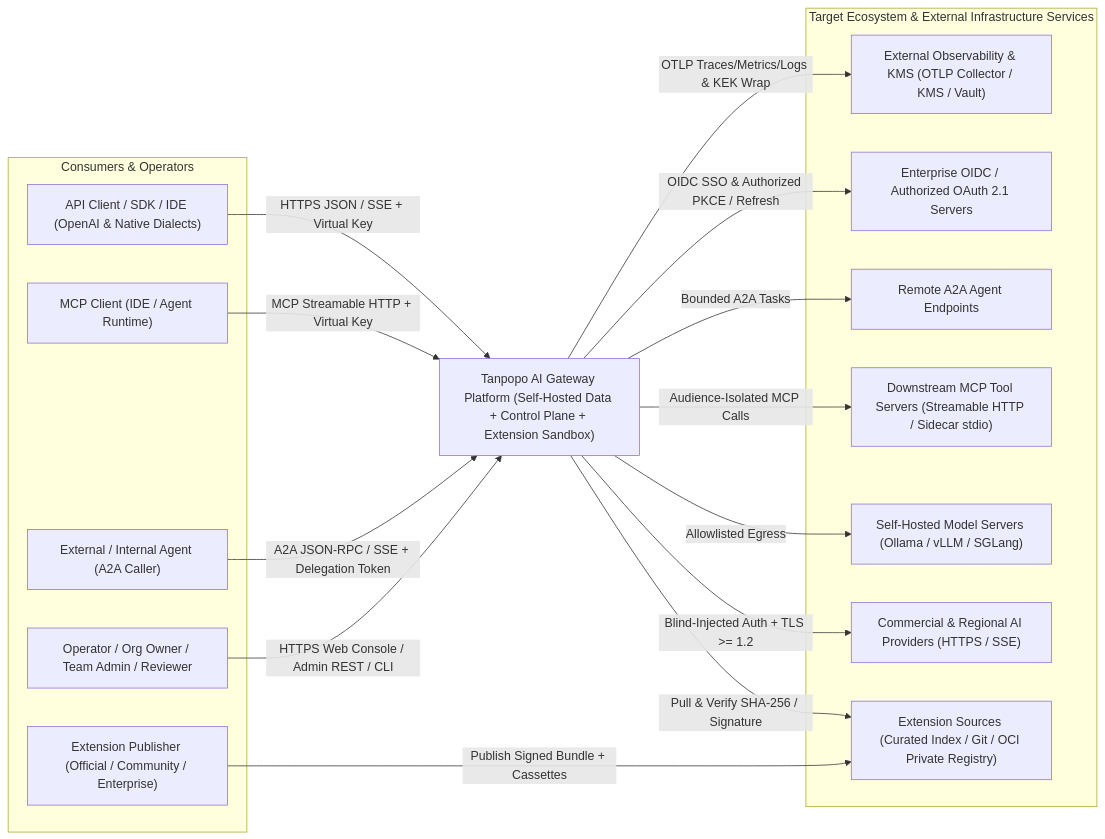
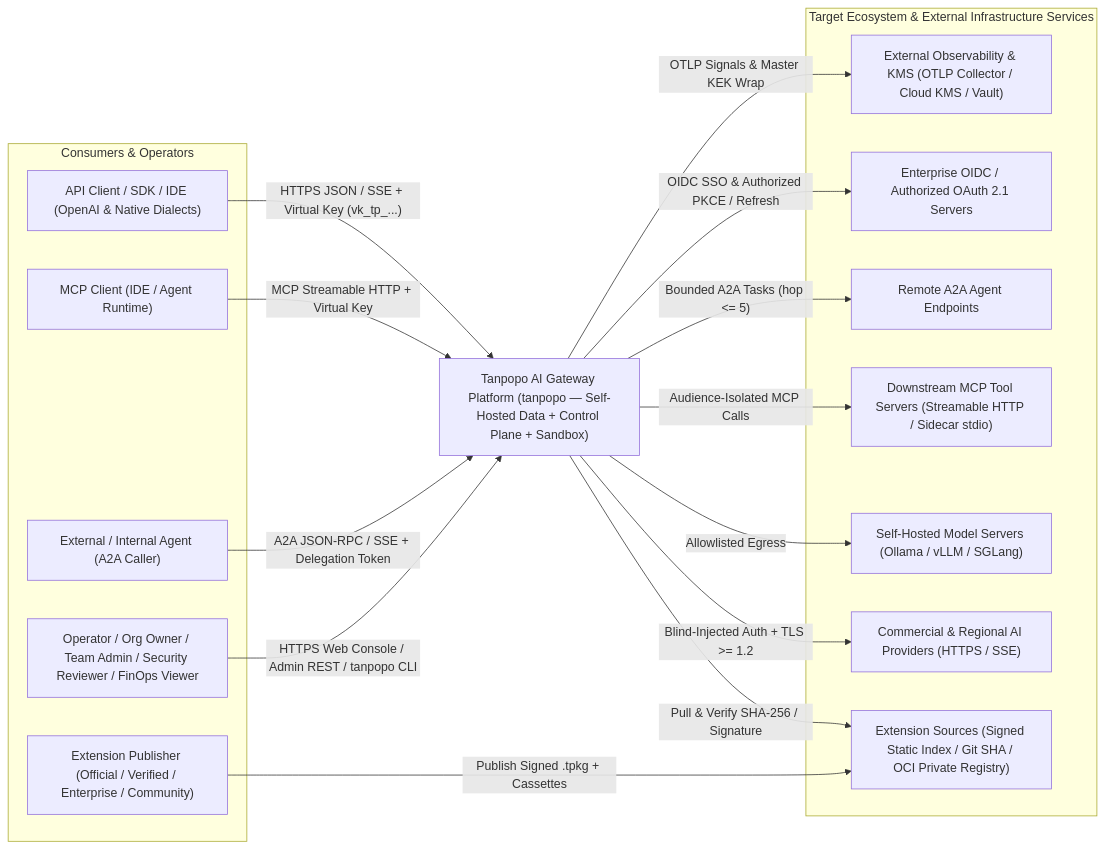
One commit to nguywnben/tanpopo changed the first of 4 diagrams in docs/architecture/system-design.md. Above: the diagram before and after it, drawn with Mermaid. The commit also changed other lines of this file and 70 other files, not shown here.

````diff
--- a/docs/architecture/system-design.md
+++ b/docs/architecture/system-design.md
@@ -27,36 +27,36 @@
 ```mermaid
 flowchart LR
     subgraph Consumers["Consumers & Operators"]
         Client["API Client / SDK / IDE (OpenAI & Native Dialects)"]
         MCPCli["MCP Client (IDE / Agent Runtime)"]
         A2ACli["External / Internal Agent (A2A Caller)"]
-        Admin["Operator / Org Owner / Team Admin / Reviewer"]
-        Pub["Extension Publisher (Official / Community / Enterprise)"]
+        Admin["Operator / Org Owner / Team Admin / Security Reviewer / FinOps Viewer"]
+        Pub["Extension Publisher (Official / Verified / Enterprise / Community)"]
     end
 
-    TP["Tanpopo AI Gateway Platform (Self-Hosted Data + Control Plane + Extension Sandbox)"]
+    TP["Tanpopo AI Gateway Platform (tanpopo — Self-Hosted Data + Control Plane + Sandbox)"]
 
     subgraph Upstreams["Target Ecosystem & External Infrastructure Services"]
         LLM["Commercial & Regional AI Providers (HTTPS / SSE)"]
         LocalGPU["Self-Hosted Model Servers (Ollama / vLLM / SGLang)"]
         MCPSrv["Downstream MCP Tool Servers (Streamable HTTP / Sidecar stdio)"]
         A2ASrv["Remote A2A Agent Endpoints"]
         IdP["Enterprise OIDC / Authorized OAuth 2.1 Servers"]
-        Reg["Extension Sources (Curated Index / Git / OCI Private Registry)"]
-        OTel["External Observability & KMS (OTLP Collector / KMS / Vault)"]
+        Reg["Extension Sources (Signed Static Index / Git SHA / OCI Private Registry)"]
+        OTel["External Observability & KMS (OTLP Collector / Cloud KMS / Vault)"]
     end
 
-    Client -->|"HTTPS JSON / SSE + Virtual Key"| TP
+    Client -->|"HTTPS JSON / SSE + Virtual Key (vk_tp_...)"| TP
     MCPCli -->|"MCP Streamable HTTP + Virtual Key"| TP
     A2ACli -->|"A2A JSON-RPC / SSE + Delegation Token"| TP
-    Admin -->|"HTTPS Web Console / Admin REST / CLI"| TP
-    Pub -->|"Publish Signed Bundle + Cassettes"| Reg
+    Admin -->|"HTTPS Web Console / Admin REST / tanpopo CLI"| TP
+    Pub -->|"Publish Signed .tpkg + Cassettes"| Reg
 
     TP -->|"Pull & Verify SHA-256 / Signature"| Reg
     TP -->|"Blind-Injected Auth + TLS >= 1.2"| LLM
     TP -->|"Allowlisted Egress"| LocalGPU
     TP -->|"Audience-Isolated MCP Calls"| MCPSrv
-    TP -->|"Bounded A2A Tasks"| A2ASrv
+    TP -->|"Bounded A2A Tasks (hop <= 5)"| A2ASrv
     TP -->|"OIDC SSO & Authorized PKCE / Refresh"| IdP
-    TP -->|"OTLP Traces/Metrics/Logs & KEK Wrap"| OTel
+    TP -->|"OTLP Signals & Master KEK Wrap"| OTel
 ```
````
